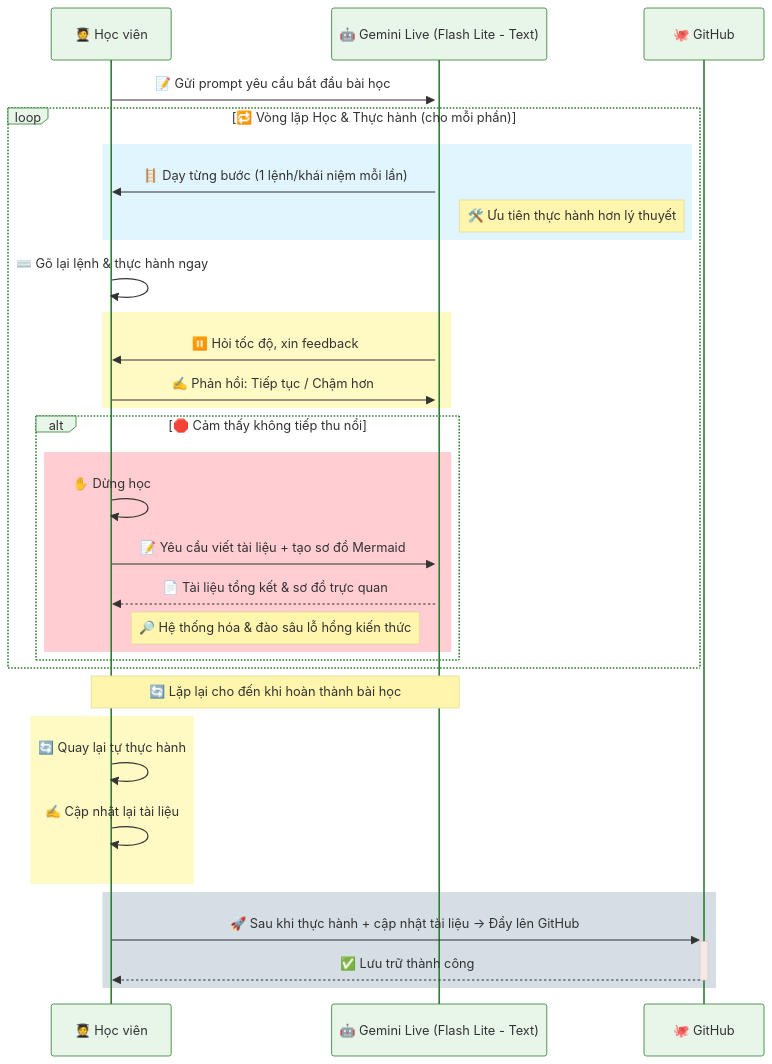
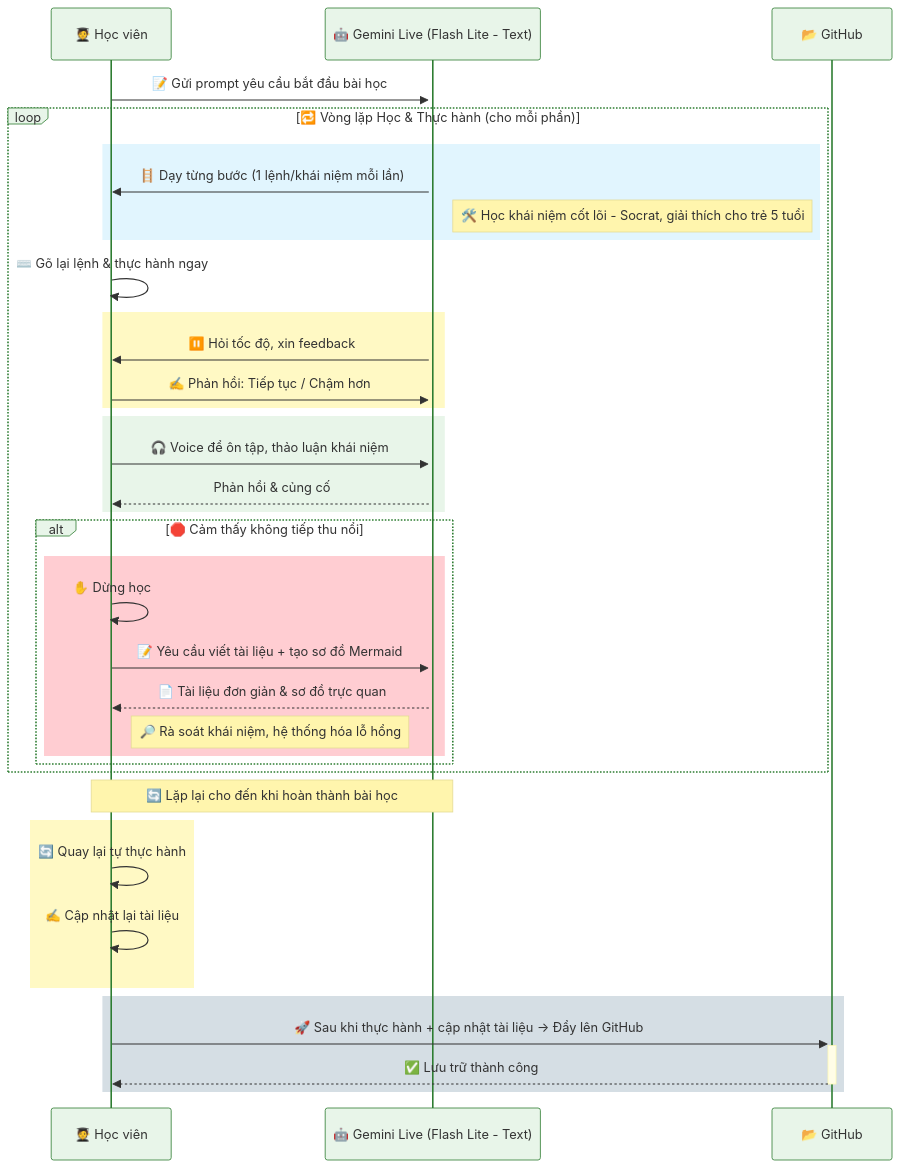
One commit to khanhnk-phuctho/lifelong-learning changed the third of 9 diagrams in README.md. Above: the diagram before and after it, drawn with Mermaid. The commit also changed other lines of this file, not shown here.

````diff
--- a/README.md
+++ b/README.md
@@ -199,56 +168,54 @@
 ```mermaid
 %%{
   init: {
     "theme": "base",
     "themeVariables": {
       "background": "#f5f5f5",
       "primaryColor": "#e8f5e9",
+      "secondaryColor": "#fffde7",
+      "tertiaryColor": "#ffebee",
       "actorBorder": "#2e7d32",
       "messageTextColor": "#1b5e20"
     }
   }
 }%%
 sequenceDiagram
     participant HV as 🧑‍🎓 Học viên
     participant GL as 🤖 Gemini Live (Flash Lite - Text)
-    participant GH as 🐙 GitHub
-
+    participant GH as 📂 GitHub
     HV->>+GL: 📝 Gửi prompt yêu cầu bắt đầu bài học
-
     loop 🔁 Vòng lặp Học & Thực hành (cho mỗi phần)
-        
+       
         rect rgb(225, 245, 254)
             GL->>HV: 🪜 Dạy từng bước (1 lệnh/khái niệm mỗi lần)
-            Note right of GL: 🛠️ Ưu tiên thực hành hơn lý thuyết
+            Note right of GL: 🛠️ Học khái niệm cốt lõi - Socrat, giải thích cho trẻ 5 tuổi
         end
-
         HV->>HV: ⌨️ Gõ lại lệnh & thực hành ngay
-
         rect rgb(255, 249, 196)
             GL->>HV: ⏸️ Hỏi tốc độ, xin feedback
             HV->>GL: ✍️ Phản hồi: Tiếp tục / Chậm hơn
         end
-
+        rect rgb(232, 245, 233)
+            HV->>GL: 🎧 Voice để ôn tập, thảo luận khái niệm
+            GL-->>HV: Phản hồi & củng cố
+        end
         alt 🛑 Cảm thấy không tiếp thu nổi
             rect rgb(255, 205, 210)
                 HV->>HV: ✋ Dừng học
                 HV->>GL: 📝 Yêu cầu viết tài liệu + tạo sơ đồ Mermaid
-                GL-->>HV: 📄 Tài liệu tổng kết & sơ đồ trực quan
-                Note right of HV: 🔎 Hệ thống hóa & đào sâu lỗ hổng kiến thức
+                GL-->>HV: 📄 Tài liệu đơn giản & sơ đồ trực quan
+                Note right of HV: 🔎 Rà soát khái niệm, hệ thống hóa lỗ hổng
             end
         end
-
     end
-    
+   
     Note over HV,GL: 🔄 Lặp lại cho đến khi hoàn thành bài học
-
     rect rgb(255, 249, 196)
         HV->>HV: 🔄 Quay lại tự thực hành
         HV->>HV: ✍️ Cập nhật lại tài liệu
     end
-
     rect rgb(213, 222, 228)
         HV->>+GH: 🚀 Sau khi thực hành + cập nhật tài liệu → Đẩy lên GitHub
         GH-->>-HV: ✅ Lưu trữ thành công
     end
 ```
````
